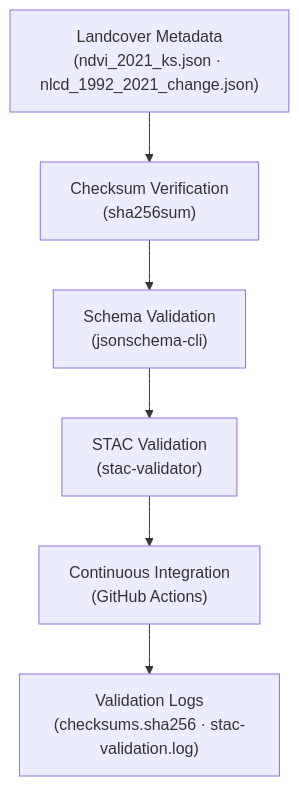
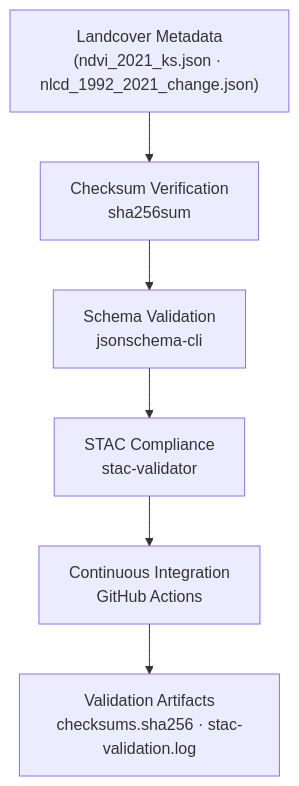
Before and after one commit to bartytime4life/Kansas-Frontier-Matrix: the diagram in data/derivatives/metadata/landcover/validation/README.md, drawn with Mermaid. The commit also changed other lines of this file, not shown here.

First line of the commit message:
Revise README for landcover metadata validation

````diff
--- a/data/derivatives/metadata/landcover/validation/README.md
+++ b/data/derivatives/metadata/landcover/validation/README.md
@@ -43,9 +54,9 @@
 ```mermaid
 flowchart TD
-    A["Landcover Metadata<br/>(ndvi_2021_ks.json · nlcd_1992_2021_change.json)"]
-        --> B["Checksum Verification<br/>(sha256sum)"]
-    B --> C["Schema Validation<br/>(jsonschema-cli)"]
-    C --> D["STAC Validation<br/>(stac-validator)"]
-    D --> E["Continuous Integration<br/>(GitHub Actions)"]
-    E --> F["Validation Logs<br/>(checksums.sha256 · stac-validation.log)"]
+  A["Landcover Metadata<br/>(ndvi_2021_ks.json · nlcd_1992_2021_change.json)"]
+      --> B["Checksum Verification<br/>sha256sum"]
+  B --> C["Schema Validation<br/>jsonschema-cli"]
+  C --> D["STAC Compliance<br/>stac-validator"]
+  D --> E["Continuous Integration<br/>GitHub Actions"]
+  E --> F["Validation Artifacts<br/>checksums.sha256 · stac-validation.log"]
 ```
````
